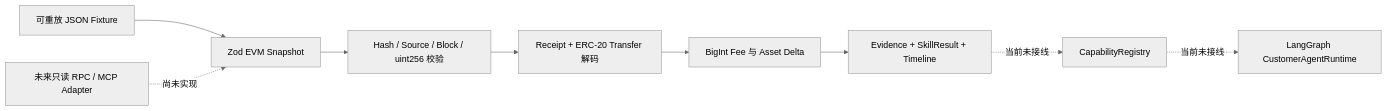
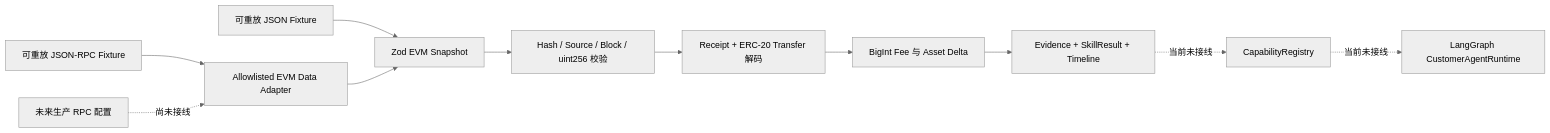
The diagram in docs/transaction-analysis-core.md (spencer17x/xxyy-ask), drawn with Mermaid (neutral theme) before and after one commit. The commit also changed other lines of this file and 24 other files, not shown here.

Commit message:
feat(rag): add allowlisted EVM data adapter

````diff
--- a/docs/transaction-analysis-core.md
+++ b/docs/transaction-analysis-core.md
@@ -11,12 +11,14 @@
 ```mermaid
 flowchart LR
   Fixture["可重放 JSON Fixture"] --> Snapshot["Zod EVM Snapshot"]
-  FutureAdapter["未来只读 RPC / MCP Adapter"] -. "尚未实现" .-> Snapshot
+  RpcFixture["可重放 JSON-RPC Fixture"] --> DataAdapter["Allowlisted EVM Data Adapter"]
+  ConfiguredRpc["未来生产 RPC 配置"] -. "尚未接线" .-> DataAdapter
+  DataAdapter --> Snapshot
   Snapshot --> Validate["Hash / Source / Block / uint256 校验"]
   Validate --> Decode["Receipt + ERC-20 Transfer 解码"]
   Decode --> Calculate["BigInt Fee 与 Asset Delta"]
   Calculate --> Result["Evidence + SkillResult + Timeline"]
 
   Result -. "当前未接线" .-> Capability["CapabilityRegistry"]
   Capability -. "当前未接线" .-> Agent["LangGraph CustomerAgentRuntime"]
 ```
````
